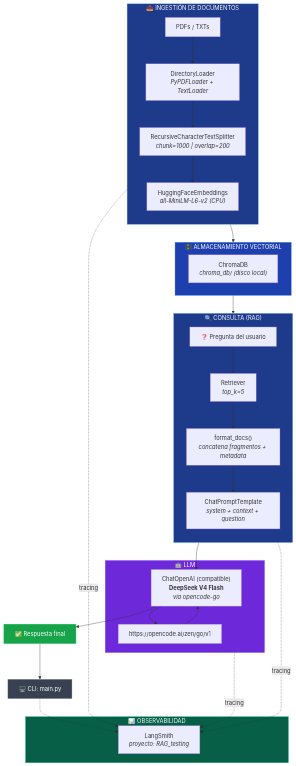
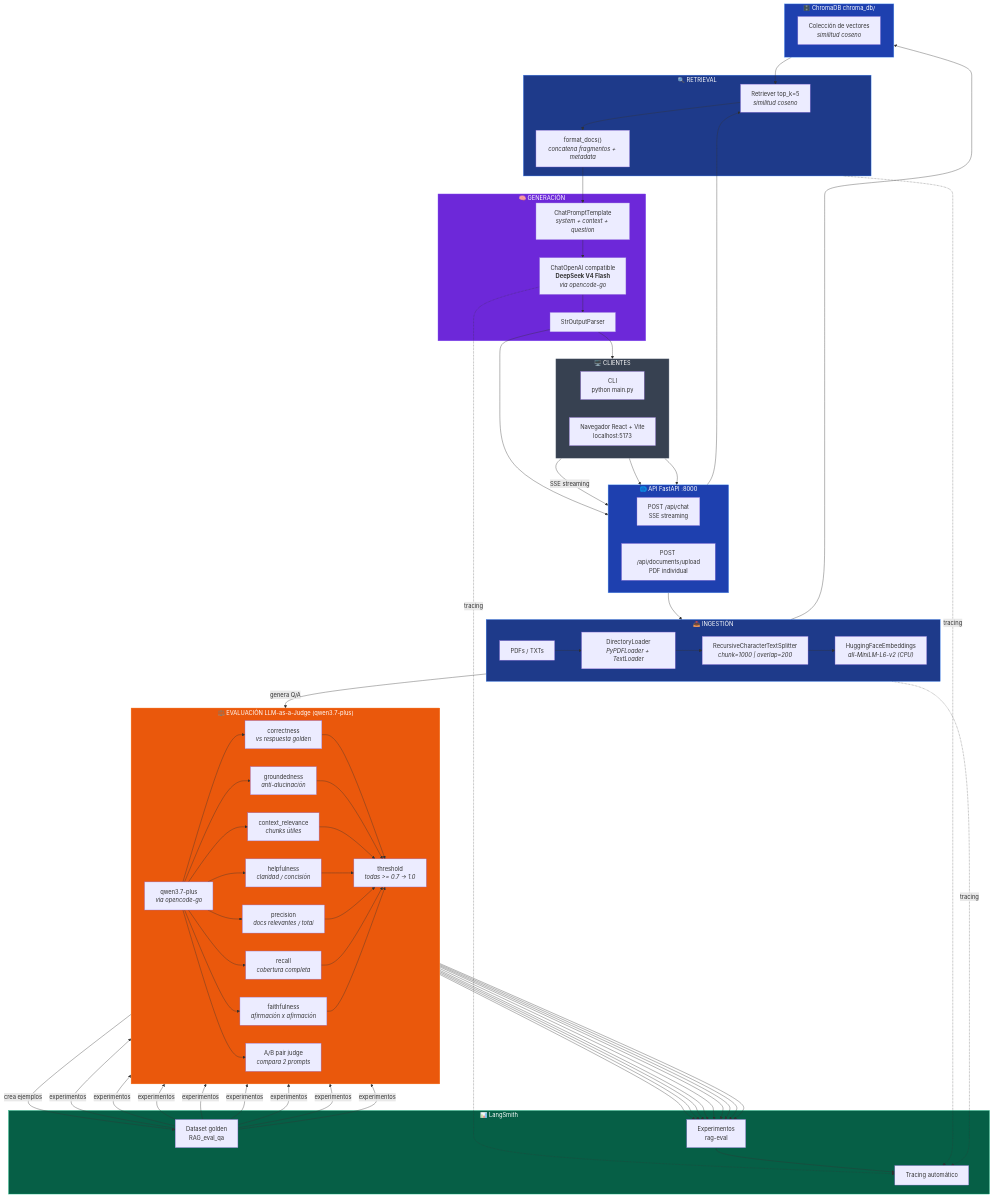
One commit to bryangallegobetancur/Edu_RAG changed the diagram in ARCHITECTURE.md. Above: the diagram before and after it, drawn with Mermaid. The commit also changed other lines of this file and 1 other file, not shown here.

Commit message:
docs: add DESIGN_SYSTEM.md and update architecture diagram

````diff
--- a/ARCHITECTURE.md
+++ b/ARCHITECTURE.md
@@ -3,55 +3,122 @@
 ```mermaid
 flowchart TB
-    subgraph INGESTION["📥 INGESTIÓN DE DOCUMENTOS"]
-        direction TB
-        FILES["PDFs / TXTs"]
-        LOADER["DirectoryLoader<br/><i>PyPDFLoader + TextLoader</i>"]
-        SPLITTER["RecursiveCharacterTextSplitter<br/><i>chunk=1000 | overlap=200</i>"]
-        EMB_IN["HuggingFaceEmbeddings<br/><i>all-MiniLM-L6-v2 (CPU)</i>"]
-        FILES --> LOADER --> SPLITTER --> EMB_IN
+    subgraph CLIENT["🖥️  CLIENTES"]
+        direction LR
+        CLI["CLI<br/>python main.py"]
+        BROWSER["Navegador React + Vite<br/>localhost:5173"]
     end
 
-    subgraph STORAGE["🗄️ ALMACENAMIENTO VECTORIAL"]
-        CHROMA["ChromaDB<br/><i>chroma_db/ (disco local)</i>"]
+    subgraph API["🌐  API FastAPI  :8000"]
+        direction LR
+        CHAT["POST /api/chat<br/>SSE streaming"]
+        UPLOAD["POST /api/documents/upload<br/>PDF individual"]
     end
 
-    subgraph QUERY["🔍 CONSULTA (RAG)"]
-        direction TB
-        QUESTION["❓ Pregunta del usuario"]
-        RETRIEVER["Retriever<br/><i>top_k=5</i>"]
-        FORMAT["format_docs()<br/><i>concatena fragmentos + metadata</i>"]
-        PROMPT["ChatPromptTemplate<br/><i>system + context + question</i>"]
-        QUESTION --> RETRIEVER --> FORMAT --> PROMPT
+    subgraph INGESTION["📥  INGESTIÓN"]
+        direction LR
+        FILES["PDFs / TXTs"] --> LOADER["DirectoryLoader<br/><i>PyPDFLoader + TextLoader</i>"] --> SPLITTER["RecursiveCharacterTextSplitter<br/><i>chunk=1000 | overlap=200</i>"] --> EMB_IN["HuggingFaceEmbeddings<br/><i>all-MiniLM-L6-v2  (CPU)</i>"]
     end
 
-    subgraph LLM["🤖 LLM"]
-        OPENCODE["ChatOpenAI (compatible)<br/><b>DeepSeek V4 Flash</b><br/><i>via opencode-go</i>"]
-        API["https://opencode.ai/zen/go/v1"]
-        PROMPT --> OPENCODE --> API --> OPENCODE
+    subgraph STORAGE["🗄️  ChromaDB  chroma_db/"]
+        CHROMA["Colección de vectores<br/><i>similitud coseno</i>"]
     end
 
-    subgraph OBSERVABILITY["📊 OBSERVABILIDAD"]
-        LS["LangSmith<br/><i>proyecto: RAG_testing</i>"]
+    subgraph RETRIEVAL["🔍  RETRIEVAL"]
+        RETR["Retriever top_k=5<br/><i>similitud coseno</i>"]
+        FORMAT["format_docs()<br/><i>concatena fragmentos + metadata</i>"]
     end
 
-    OUTPUT["✅ Respuesta final"]
-    CLIENT["🖥️ CLI: main.py"]
+    subgraph GEN["🧠  GENERACIÓN"]
+        PROMPT["ChatPromptTemplate<br/><i>system + context + question</i>"]
+        LLM["ChatOpenAI compatible<br/><b>DeepSeek V4 Flash</b><br/><i>via opencode-go</i>"]
+        OUTPUT["StrOutputParser"]
+    end
+
+    subgraph EVAL["⚖️  EVALUACIÓN  LLM-as-a-Judge (qwen3.7-plus)"]
+        direction LR
+        J_LLM["qwen3.7-plus<br/><i>via opencode-go</i>"]
+        CORR["correctness<br/><i>vs respuesta golden</i>"]
+        GROUND["groundedness<br/><i>anti-alucinación</i>"]
+        CTX["context_relevance<br/><i>chunks útiles</i>"]
+        HELP["helpfulness<br/><i>claridad / concisión</i>"]
+        PREC["precision<br/><i>docs relevantes / total</i>"]
+        RECALL["recall<br/><i>cobertura completa</i>"]
+        FAITH["faithfulness<br/><i>afirmación x afirmación</i>"]
+        THRESH["threshold<br/><i>todas >= 0.7 → 1.0</i>"]
+        AB["A/B pair judge<br/><i>compara 2 prompts</i>"]
+        J_LLM --> CORR
+        J_LLM --> GROUND
+        J_LLM --> CTX
+        J_LLM --> HELP
+        J_LLM --> PREC
+        J_LLM --> RECALL
+        J_LLM --> FAITH
+        J_LLM --> AB
+        CORR --> THRESH
+        GROUND --> THRESH
+        CTX --> THRESH
+        HELP --> THRESH
+        PREC --> THRESH
+        RECALL --> THRESH
+        FAITH --> THRESH
+    end
+
+    subgraph OBS["📊  LangSmith"]
+        TRACE["Tracing automático"]
+        DATASET["Dataset golden<br/>RAG_eval_qa"]
+        EXP["Experimentos<br/>rag-eval"]
+    end
+
+    %% Flujo principal
+    CLI --> API
+    BROWSER -->|SSE streaming| CHAT
+    BROWSER --> UPLOAD
+    UPLOAD --> EMB_IN
+    CHAT --> RETR
 
     INGESTION --> STORAGE
-    STORAGE --> RETRIEVER
-    OPENCODE --> OUTPUT --> CLIENT
+    STORAGE --> RETR
+    RETR --> FORMAT
+    FORMAT --> PROMPT
+    PROMPT --> LLM
+    LLM --> OUTPUT
+    OUTPUT --> CHAT
+    OUTPUT --> CLI
 
-    INGESTION -.->|tracing| LS
-    QUERY -.->|tracing| LS
-    LLM -.->|tracing| LS
-    CLIENT -.-> LS
+    %% Evaluación
+    FILES -->|genera Q/A| J_LLM
+    J_LLM -->|crea ejemplos| DATASET
+    DATASET -->|experimentos| CORR
+    DATASET -->|experimentos| GROUND
+    DATASET -->|experimentos| CTX
+    DATASET -->|experimentos| HELP
+    DATASET -->|experimentos| PREC
+    DATASET -->|experimentos| RECALL
+    DATASET -->|experimentos| FAITH
+    DATASET -->|experimentos| AB
+    CORR --> EXP
+    GROUND --> EXP
+    CTX --> EXP
+    HELP --> EXP
+    PREC --> EXP
+    RECALL --> EXP
+    FAITH --> EXP
+    THRESH --> EXP
+    AB --> EXP
+
+    %% Tracing
+    INGESTION -.->|tracing| TRACE
+    RETRIEVAL -.->|tracing| TRACE
+    LLM -.->|tracing| TRACE
+    EXP --> TRACE
 
     %% Styles
+    style CLIENT fill:#374151,stroke:#9ca3af,color:#fff
+    style API fill:#1e40af,stroke:#60a5fa,color:#fff
     style INGESTION fill:#1e3a8a,stroke:#3b82f6,color:#fff
     style STORAGE fill:#1e40af,stroke:#60a5fa,color:#fff
-    style QUERY fill:#1e3a8a,stroke:#3b82f6,color:#fff
-    style LLM fill:#6d28d9,stroke:#8b5cf6,color:#fff
-    style OBSERVABILITY fill:#065f46,stroke:#10b981,color:#fff
-    style OUTPUT fill:#16a34a,stroke:#22c55e,color:#fff
-    style CLIENT fill:#374151,stroke:#9ca3af,color:#fff
+    style RETRIEVAL fill:#1e3a8a,stroke:#3b82f6,color:#fff
+    style GEN fill:#6d28d9,stroke:#8b5cf6,color:#fff
+    style EVAL fill:#ea580c,stroke:#f97316,color:#fff
+    style OBS fill:#065f46,stroke:#10b981,color:#fff
 ```
````
